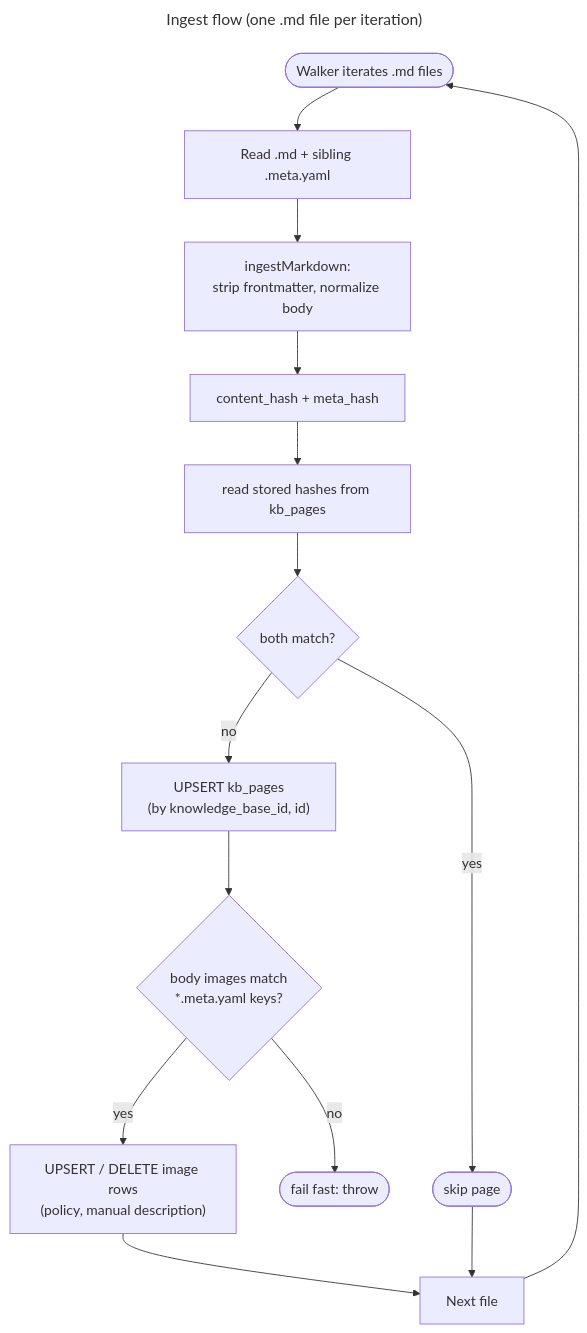
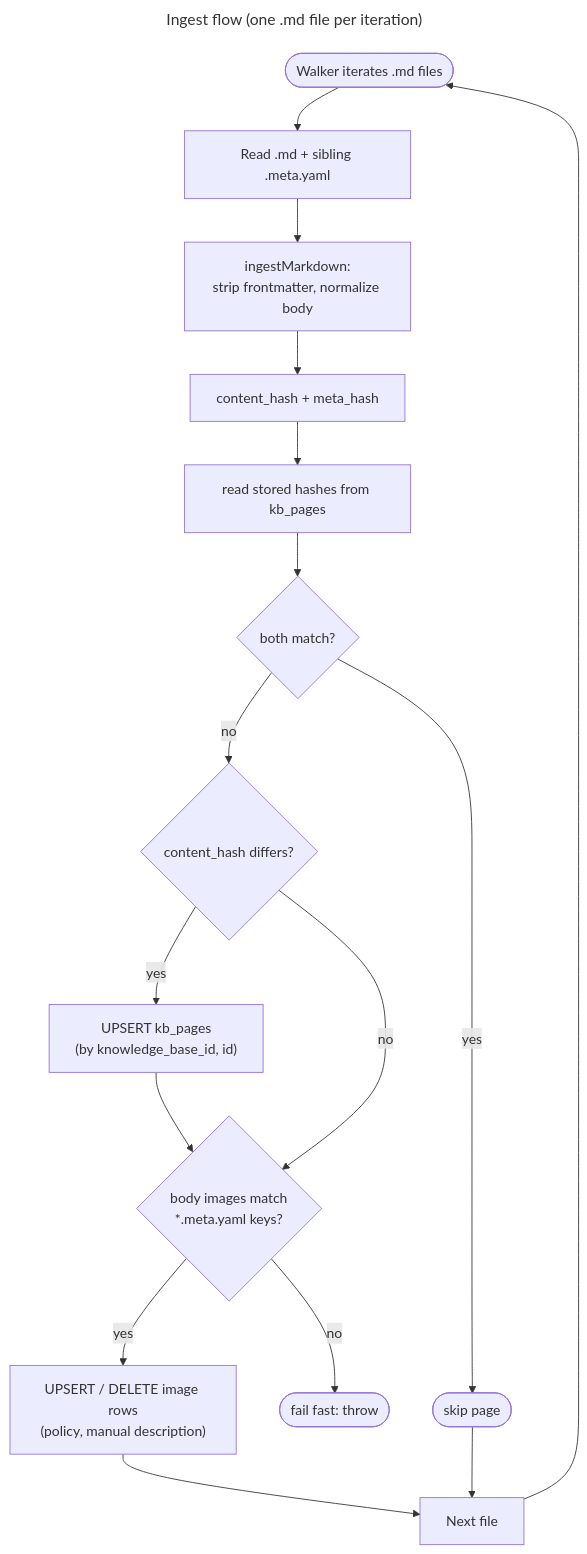
Before and after one commit to kyung-lee-official/neuxus: the diagram in docs/modern-knowledge-base-design/02-ingest.md, drawn with Mermaid. The commit also changed other lines of this file, not shown here.

Commit message:
docs: enhance flowchart and clarify actions for page processing in ingest documentation

````diff
--- a/docs/modern-knowledge-base-design/02-ingest.md
+++ b/docs/modern-knowledge-base-design/02-ingest.md
@@ -35,20 +35,22 @@
 ```mermaid
 ---
 title: Ingest flow (one .md file per iteration)
 theme: neo-dark
 ---
 flowchart TD
   Walker([Walker iterates .md files]) --> Read["Read .md + sibling .meta.yaml"]
   Read --> Parse["ingestMarkdown:<br/>strip frontmatter, normalize body"]
   Parse --> Hash["content_hash + meta_hash"]
   Hash --> Lookup["read stored hashes from kb_pages"]
   Lookup --> Match{both match?}
   Match -- yes --> Skip([skip page])
-  Match -- no --> Upsert["UPSERT kb_pages<br/>(by knowledge_base_id, id)"]
+  Match -- no --> Changed{content_hash differs?}
+  Changed -- yes --> Upsert["UPSERT kb_pages<br/>(by knowledge_base_id, id)"]
   Upsert --> Validate{"body images match<br/>*.meta.yaml keys?"}
+  Changed -- no --> Validate
   Validate -- no --> Fail([fail fast: throw])
   Validate -- yes --> Reconcile["UPSERT / DELETE image rows<br/>(policy, manual description)"]
   Reconcile --> Next[Next file]
   Skip --> Next
   Next --> Walker
 ```
````
